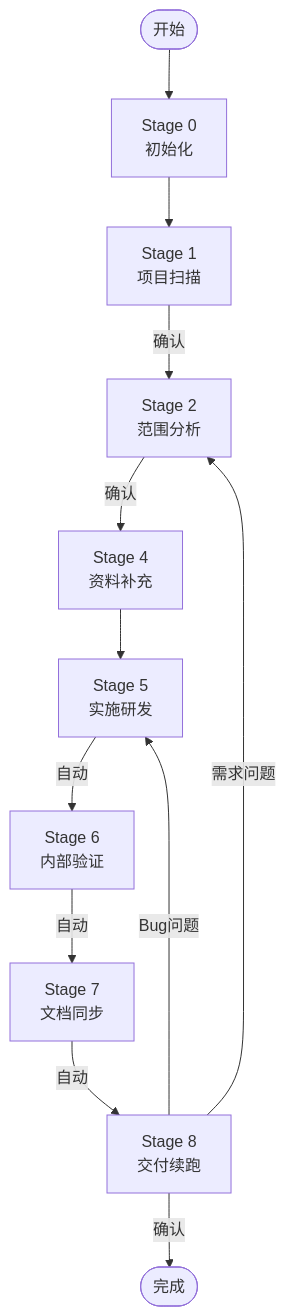
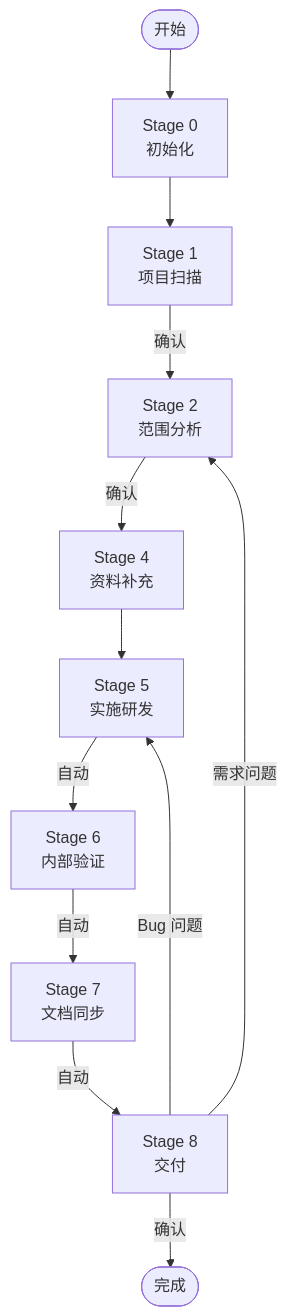
The second of 2 diagrams in README.md (vlinr/frontend-workmate), drawn with Mermaid before and after one commit. The commit also changed other lines of this file and 36 other files, not shown here.

````diff
--- a/README.md
+++ b/README.md
@@ -134,15 +176,15 @@
 ```mermaid
 flowchart TD
     Start([开始]) --> S0[Stage 0<br/>初始化]
     S0 --> S1[Stage 1<br/>项目扫描]
     S1 --> |确认| S2[Stage 2<br/>范围分析]
     S2 --> |确认| S4[Stage 4<br/>资料补充]
     S4 --> S5[Stage 5<br/>实施研发]
     S5 --> |自动| S6[Stage 6<br/>内部验证]
     S6 --> |自动| S7[Stage 7<br/>文档同步]
-    S7 --> |自动| S8[Stage 8<br/>交付续跑]
+    S7 --> |自动| S8[Stage 8<br/>交付]
     S8 --> |确认| Done([完成])
     
-    S8 --> |Bug问题| S5
+    S8 --> |Bug 问题| S5
     S8 --> |需求问题| S2
 ```
````
